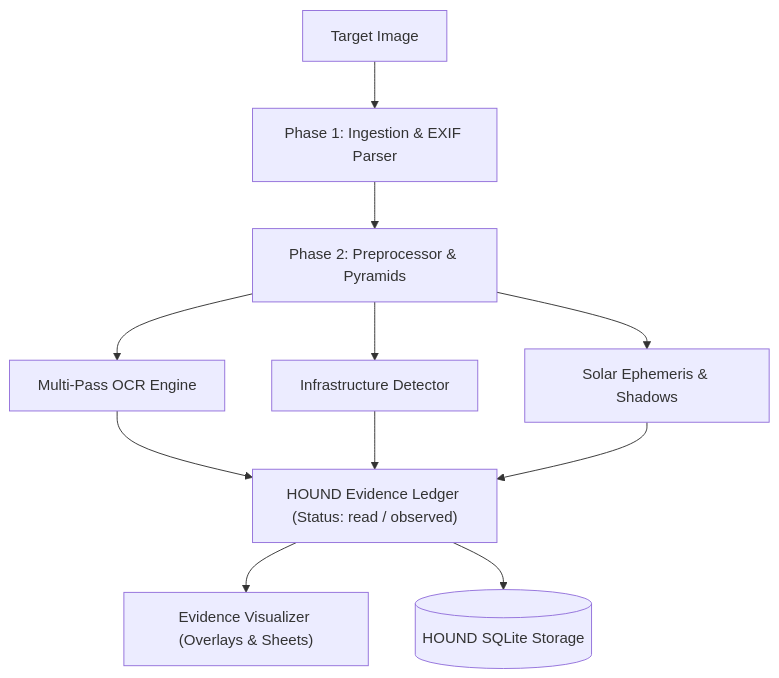
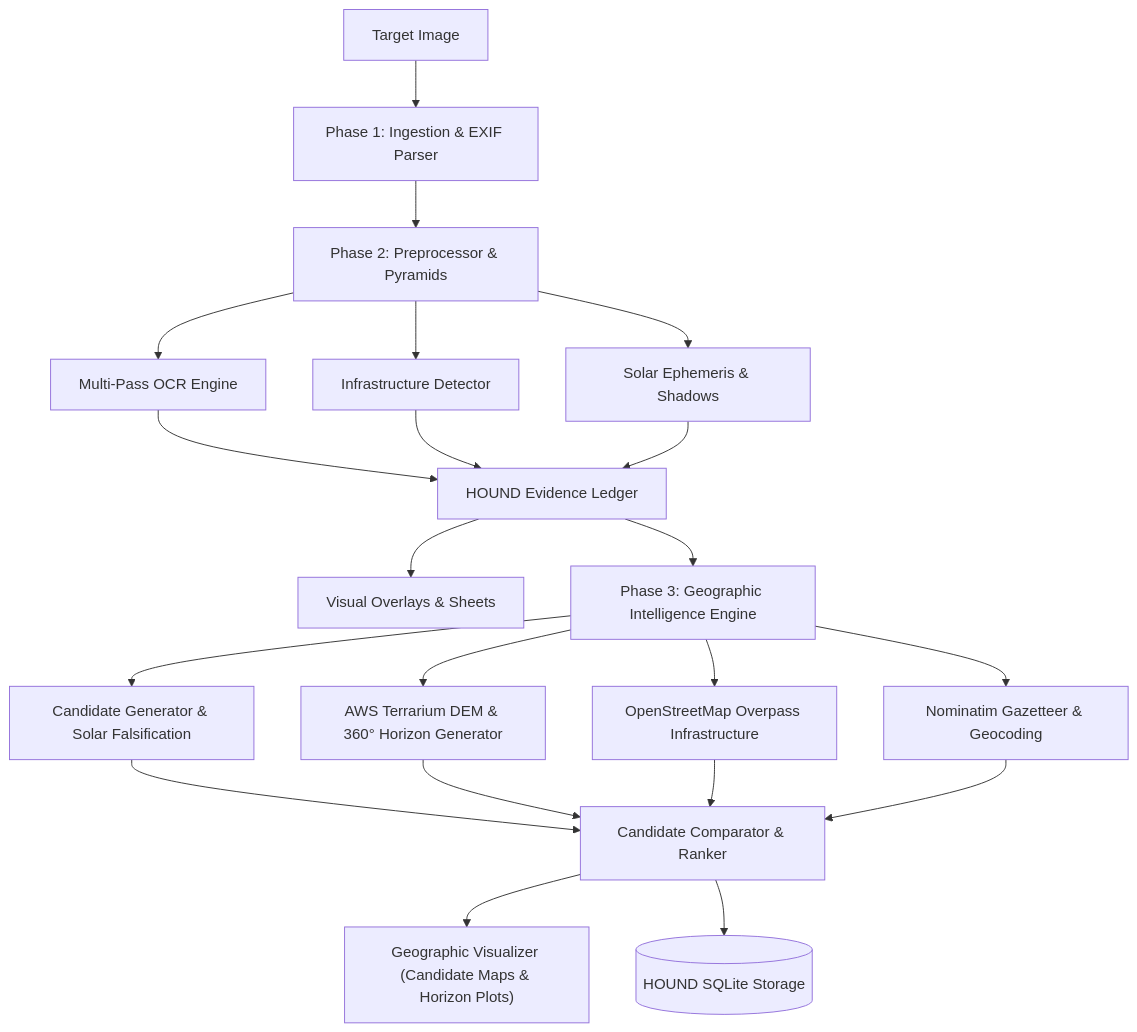
The diagram in README.md (AIwolfie/Hound), drawn with Mermaid before and after one commit. The commit also changed other lines of this file and 31 other files, not shown here.

Commit message:
feat(hound): implement Phase 3 geographic intelligence engine, OSM client, DEM terrain modeling, candidate generation, and mapping

````diff
--- a/README.md
+++ b/README.md
@@ -90,11 +121,19 @@
 ```mermaid
 flowchart TD
     IMG["Target Image"] --> INTAKE["Phase 1: Ingestion & EXIF Parser"]
     INTAKE --> PREP["Phase 2: Preprocessor & Pyramids"]
     PREP --> OCR["Multi-Pass OCR Engine"]
     PREP --> INFRA["Infrastructure Detector"]
     PREP --> SHADOW["Solar Ephemeris & Shadows"]
-    OCR & INFRA & SHADOW --> EVID["HOUND Evidence Ledger (Status: read / observed)"]
-    EVID --> OVERLAYS["Evidence Visualizer (Overlays & Sheets)"]
-    EVID --> DB[("HOUND SQLite Storage")]
+    OCR & INFRA & SHADOW --> EVID["HOUND Evidence Ledger"]
+    EVID --> OVERLAYS["Visual Overlays & Sheets"]
+    
+    EVID --> GEO["Phase 3: Geographic Intelligence Engine"]
+    GEO --> CAND_GEN["Candidate Generator & Solar Falsification"]
+    GEO --> DEM["AWS Terrarium DEM & 360° Horizon Generator"]
+    GEO --> OSM["OpenStreetMap Overpass Infrastructure"]
+    GEO --> GAZ["Nominatim Gazetteer & Geocoding"]
+    CAND_GEN & DEM & OSM & GAZ --> COMP["Candidate Comparator & Ranker"]
+    COMP --> MAPS["Geographic Visualizer (Candidate Maps & Horizon Plots)"]
+    COMP --> DB[("HOUND SQLite Storage")]
 ```
````
